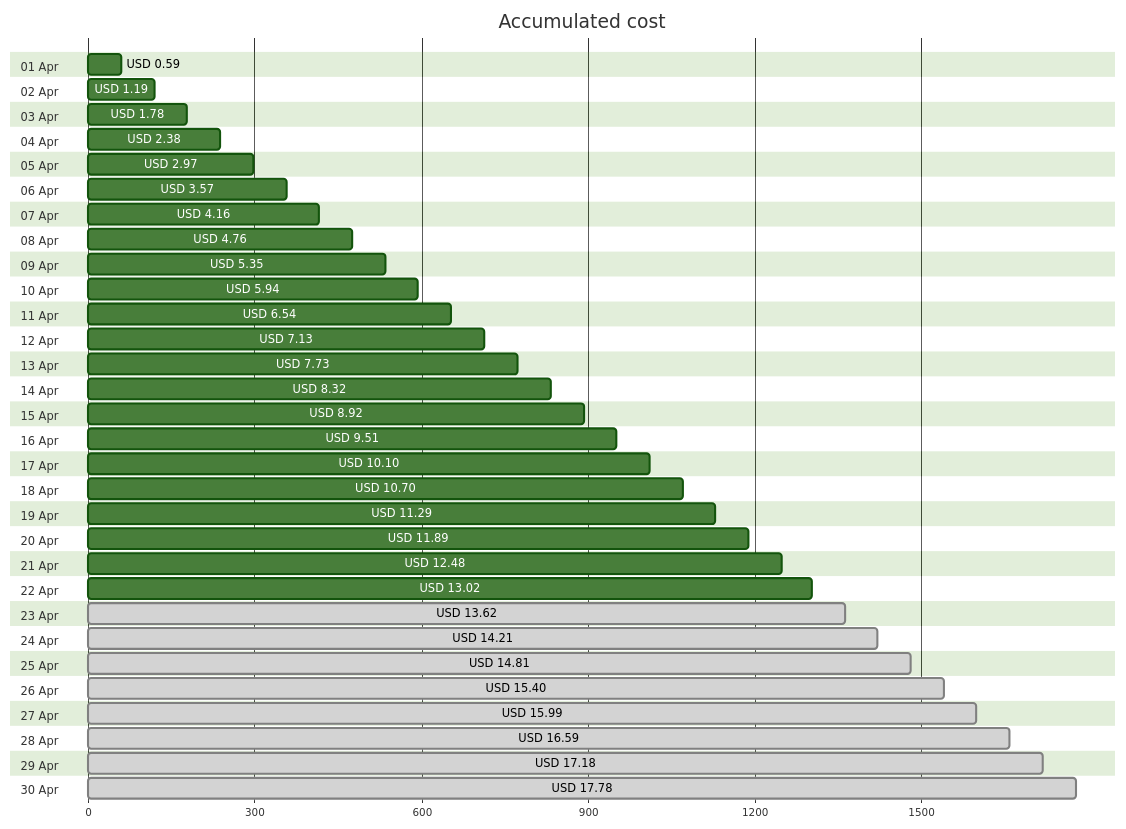
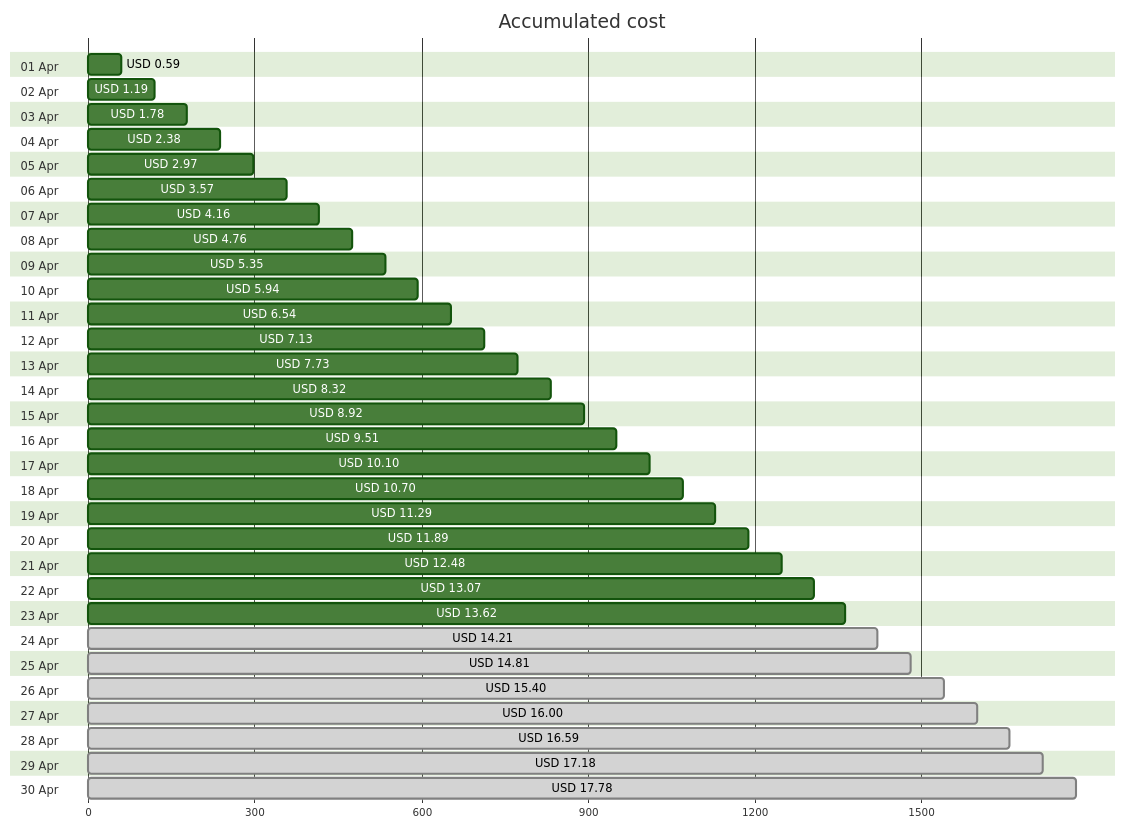
Before and after one commit to jpfulton/azure-personal-reports: the first of 4 diagrams in cost-reports/personal-site/README.md, drawn with Mermaid (forest theme). The commit also changed other lines of this file and 6 other files, not shown here.

````diff
--- a/cost-reports/personal-site/README.md
+++ b/cost-reports/personal-site/README.md
@@ -20,66 +20,66 @@
 ```mermaid
 gantt
    title Accumulated cost
    dateFormat  X
    axisFormat %s
    section 01 Apr
    USD 0.59 :0, 59
    section 02 Apr
    USD 1.19 :0, 119
    section 03 Apr
    USD 1.78 :0, 178
    section 04 Apr
    USD 2.38 :0, 238
    section 05 Apr
    USD 2.97 :0, 297
    section 06 Apr
    USD 3.57 :0, 357
    section 07 Apr
    USD 4.16 :0, 416
    section 08 Apr
    USD 4.76 :0, 476
    section 09 Apr
    USD 5.35 :0, 535
    section 10 Apr
    USD 5.94 :0, 594
    section 11 Apr
    USD 6.54 :0, 654
    section 12 Apr
    USD 7.13 :0, 713
    section 13 Apr
    USD 7.73 :0, 773
    section 14 Apr
    USD 8.32 :0, 832
    section 15 Apr
    USD 8.92 :0, 892
    section 16 Apr
    USD 9.51 :0, 951
    section 17 Apr
    USD 10.10 :0, 1010
    section 18 Apr
    USD 10.70 :0, 1070
    section 19 Apr
    USD 11.29 :0, 1129
    section 20 Apr
    USD 11.89 :0, 1189
    section 21 Apr
    USD 12.48 :0, 1248
    section 22 Apr
-   USD 13.02 :0, 1302
+   USD 13.07 :0, 1307
    section 23 Apr
-   USD 13.62 : done, 0, 1362
+   USD 13.62 :0, 1362
    section 24 Apr
    USD 14.21 : done, 0, 1421
    section 25 Apr
    USD 14.81 : done, 0, 1481
    section 26 Apr
    USD 15.40 : done, 0, 1540
    section 27 Apr
-   USD 15.99 : done, 0, 1599
+   USD 16.00 : done, 0, 1600
    section 28 Apr
    USD 16.59 : done, 0, 1659
    section 29 Apr
    USD 17.18 : done, 0, 1718
    section 30 Apr
    USD 17.78 : done, 0, 1778
 ```
````
